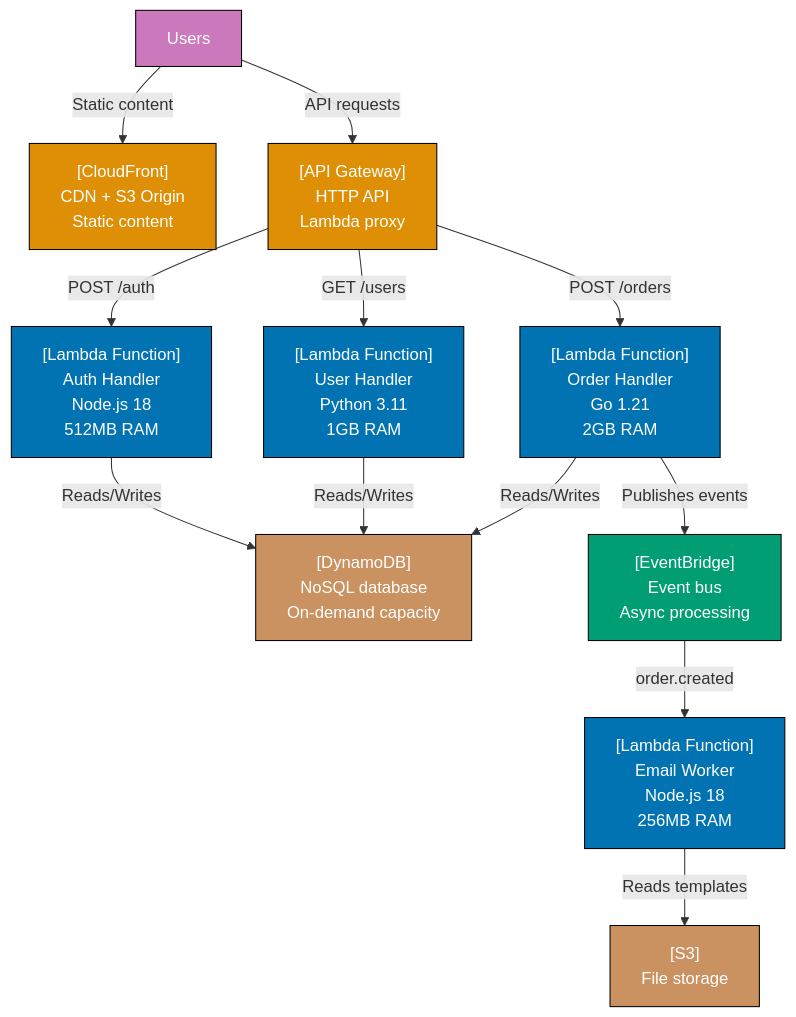
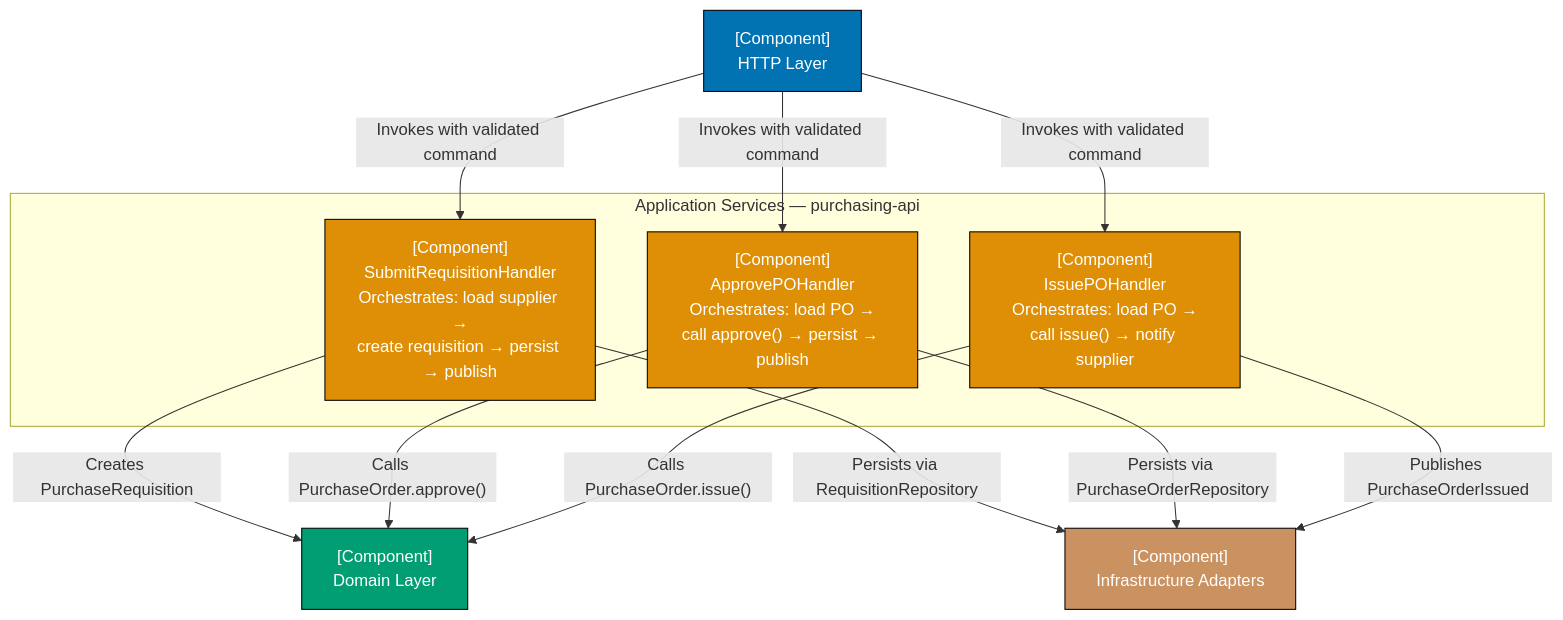
One commit to wahidyankf/open-sharia-enterprise changed diagram 19 of 30 in apps/ayokoding-web/content/en/learn/software-engineering/architecture/c4-architecture-model/by-example/intermediate.md. Above: the diagram before and after it, drawn with Mermaid. The commit also changed other lines of this file and 38 other files, not shown here.

First line of the commit message:
docs(ayokoding-web): unify architecture tutorials on shared P2P domain

````diff
--- a/apps/ayokoding-web/content/en/learn/software-engineering/architecture/c4-architecture-model/by-example/intermediate.md
+++ b/apps/ayokoding-web/content/en/learn/software-engineering/architecture/c4-architecture-model/by-example/intermediate.md
@@ -818,44 +788,30 @@
 ```mermaid
 graph TD
-    Users["Users"]
+    HTTP["[Component]<br/>HTTP Layer"]
 
-    CloudFront["[CloudFront]<br/>CDN + S3 Origin<br/>Static content"]
-    APIGateway["[API Gateway]<br/>HTTP API<br/>Lambda proxy"]
+    subgraph AppServices["Application Services — purchasing-api"]
+        SubmitHandler["[Component]<br/>SubmitRequisitionHandler<br/>Orchestrates: load supplier →<br/>create requisition → persist → publish"]
+        ApproveHandler["[Component]<br/>ApprovePOHandler<br/>Orchestrates: load PO →<br/>call approve() → persist → publish"]
+        IssuePOHandler["[Component]<br/>IssuePOHandler<br/>Orchestrates: load PO →<br/>call issue() → notify supplier"]
+    end
 
-    AuthFunction["[Lambda Function]<br/>Auth Handler<br/>Node.js 18<br/>512MB RAM"]
-    UserFunction["[Lambda Function]<br/>User Handler<br/>Python 3.11<br/>1GB RAM"]
-    OrderFunction["[Lambda Function]<br/>Order Handler<br/>Go 1.21<br/>2GB RAM"]
+    Domain["[Component]<br/>Domain Layer"]
+    Infra["[Component]<br/>Infrastructure Adapters"]
 
-    EventBridge["[EventBridge]<br/>Event bus<br/>Async processing"]
+    HTTP -->|"Invokes with validated command"| SubmitHandler
+    HTTP -->|"Invokes with validated command"| ApproveHandler
+    HTTP -->|"Invokes with validated command"| IssuePOHandler
+    SubmitHandler -->|"Creates PurchaseRequisition"| Domain
+    ApproveHandler -->|"Calls PurchaseOrder.approve()"| Domain
+    IssuePOHandler -->|"Calls PurchaseOrder.issue()"| Domain
+    SubmitHandler -->|"Persists via RequisitionRepository"| Infra
+    ApproveHandler -->|"Persists via PurchaseOrderRepository"| Infra
+    IssuePOHandler -->|"Publishes PurchaseOrderIssued"| Infra
 
-    EmailFunction["[Lambda Function]<br/>Email Worker<br/>Node.js 18<br/>256MB RAM"]
-
-    DynamoDB["[DynamoDB]<br/>NoSQL database<br/>On-demand capacity"]
-    S3["[S3]<br/>File storage"]
-
-    Users -->|Static content| CloudFront
-    Users -->|API requests| APIGateway
-
-    APIGateway -->|POST /auth| AuthFunction
-    APIGateway -->|GET /users| UserFunction
-    APIGateway -->|POST /orders| OrderFunction
-
-    AuthFunction -->|Reads/Writes| DynamoDB
-    UserFunction -->|Reads/Writes| DynamoDB
-    OrderFunction -->|Reads/Writes| DynamoDB
-    OrderFunction -->|Publishes events| EventBridge
-
-    EventBridge -->|order.created| EmailFunction
-    EmailFunction -->|Reads templates| S3
-
-    style Users fill:#CC78BC,stroke:#000,color:#fff
-    style CloudFront fill:#DE8F05,stroke:#000,color:#fff
-    style APIGateway fill:#DE8F05,stroke:#000,color:#fff
-    style AuthFunction fill:#0173B2,stroke:#000,color:#fff
-    style UserFunction fill:#0173B2,stroke:#000,color:#fff
-    style OrderFunction fill:#0173B2,stroke:#000,color:#fff
-    style EventBridge fill:#029E73,stroke:#000,color:#fff
-    style EmailFunction fill:#0173B2,stroke:#000,color:#fff
-    style DynamoDB fill:#CA9161,stroke:#000,color:#fff
-    style S3 fill:#CA9161,stroke:#000,color:#fff
+    style HTTP fill:#0173B2,stroke:#000,color:#fff
+    style SubmitHandler fill:#DE8F05,stroke:#000,color:#fff
+    style ApproveHandler fill:#DE8F05,stroke:#000,color:#fff
+    style IssuePOHandler fill:#DE8F05,stroke:#000,color:#fff
+    style Domain fill:#029E73,stroke:#000,color:#fff
+    style Infra fill:#CA9161,stroke:#000,color:#fff
 ```
````
